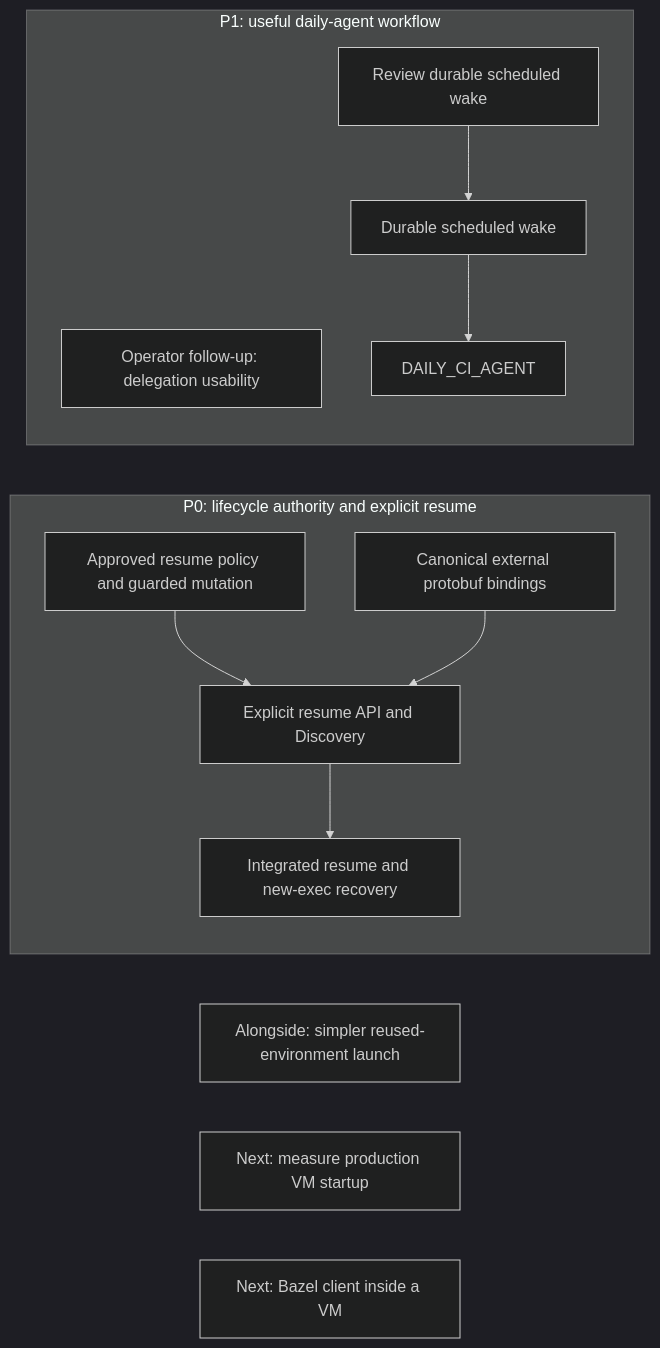
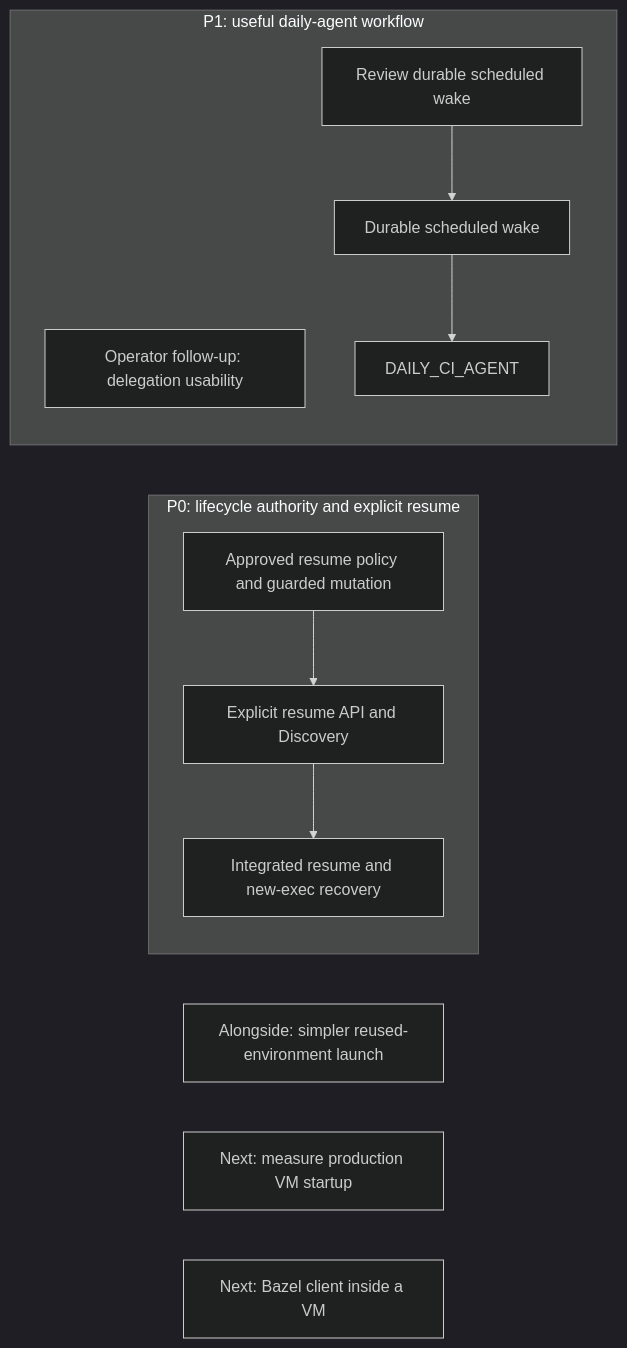
The first of 18 diagrams in agentplane/plans/task_dag.md (agentydragon/ducktape), drawn with Mermaid (dark theme) before and after one commit. The commit also changed other lines of this file and 1 other file, not shown here.

Commit message:
docs(agentplane): remove completed resume binding prerequisite

````diff
--- a/agentplane/plans/task_dag.md
+++ b/agentplane/plans/task_dag.md
@@ -194,18 +193,16 @@
 ```mermaid
 flowchart LR
     subgraph PRIORITY_ZERO[P0: lifecycle authority and explicit resume]
         ENVIRONMENT_LIFECYCLE_BACKEND[Approved resume policy and guarded mutation]
-        ENVIRONMENT_RESUME_PROTO_BINDINGS[Canonical external protobuf bindings]
         ENVIRONMENT_LIFECYCLE_BACKEND --> ENVIRONMENT_RESUME_API[Explicit resume API and Discovery]
-        ENVIRONMENT_RESUME_PROTO_BINDINGS --> ENVIRONMENT_RESUME_API
         ENVIRONMENT_RESUME_API --> EXEC_SUSPENDED_RESUME[Integrated resume and new-exec recovery]
     end
     subgraph PRIORITY_ONE[P1: useful daily-agent workflow]
         THREAD_CREATE_AUTHORIZATION[Operator follow-up: delegation usability]
         SCHEDULED_AGENT_WAKE_DESIGN[Review durable scheduled wake] --> SCHEDULED_AGENT_WAKE
         SCHEDULED_AGENT_WAKE[Durable scheduled wake] --> DAILY_CI_AGENT
     end
     SESSION_LAUNCH_FRICTION[Alongside: simpler reused-environment launch]
     VM_STARTUP_LATENCY[Next: measure production VM startup]
     LOCAL_BAZEL[Next: Bazel client inside a VM]
 ```
````
